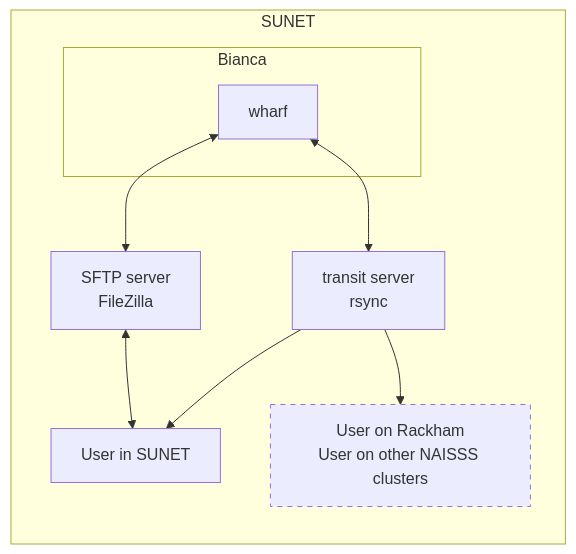
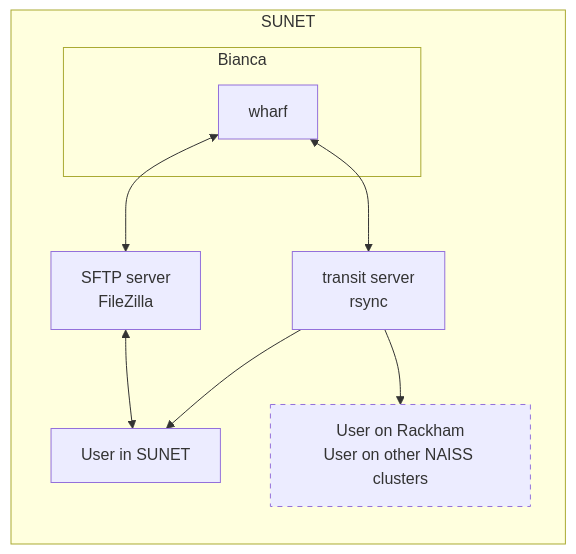
The diagram in docs/intermediate/transfer.md (UPPMAX/bianca_workshop), drawn with Mermaid before and after one commit. The commit also changed other lines of this file, not shown here.

Commit message:
transfer.md reput ssh

````diff
--- a/docs/intermediate/transfer.md
+++ b/docs/intermediate/transfer.md
@@ -107,18 +107,18 @@
 ```mermaid
 flowchart LR
   classDef low_focus_node stroke-dasharray: 5 5
   subgraph sunet[SUNET]
     subgraph bianca[Bianca]
       wharf
     end
     transit[transit server\nrsync]
     sftp_server[SFTP server\nFileZilla]
     user[User in SUNET]
-    other_users[User on Rackham\nUser on other NAISSS clusters]:::low_focus_node
+    other_users[User on Rackham\nUser on other NAISS clusters]:::low_focus_node
     wharf <--> transit
     wharf <--> sftp_server
     transit --> user
     transit --> other_users
     sftp_server <--> user
   end
 ```
````
